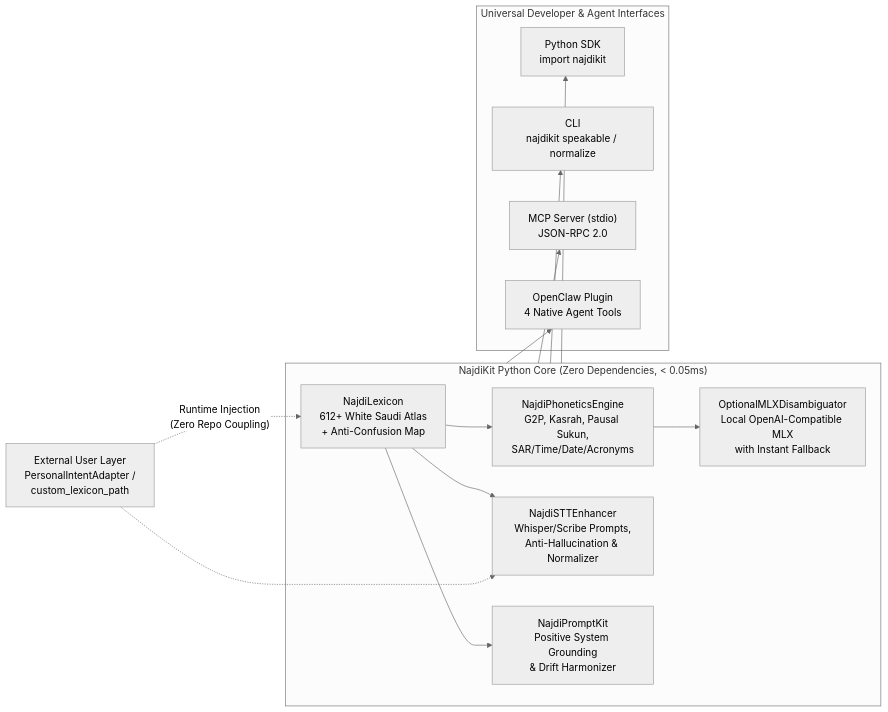
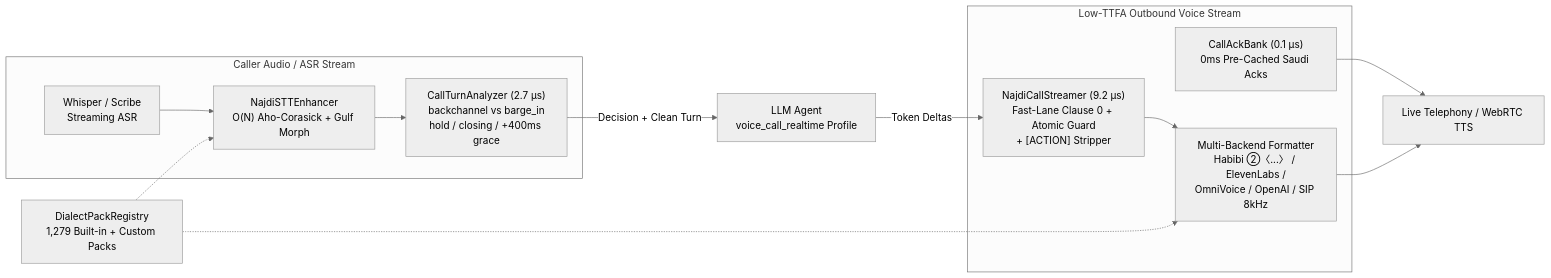
One commit to alhuwaymil84110-ux/najdikit changed the diagram in README.md. Above: the diagram before and after it, drawn with Mermaid (neutral theme). The commit also changed other lines of this file and 25 other files, not shown here.

Commit message:
feat: release NajdiKit v2.0.0 — real-time voice calls, Gulf morphology, modular packs & dialect scorer

````diff
--- a/README.md
+++ b/README.md
@@ -50,30 +43,23 @@
 ```mermaid
 flowchart LR
-    subgraph Core["NajdiKit Python Core (Zero Dependencies, < 0.05ms)"]
-        LEX["NajdiLexicon\n612+ White Saudi Atlas\n+ Anti-Confusion Map"]
-        PHO["NajdiPhoneticsEngine\nG2P, Kasrah, Pausal Sukun,\nSAR/Time/Date/Acronyms"]
-        STT["NajdiSTTEnhancer\nWhisper/Scribe Prompts,\nAnti-Hallucination & Normalizer"]
-        PK["NajdiPromptKit\nPositive System Grounding\n& Drift Harmonizer"]
-        MLX["OptionalMLXDisambiguator\nLocal OpenAI-Compatible MLX\nwith Instant Fallback"]
+    subgraph DuplexIn["Caller Audio / ASR Stream"]
+        ASR["Whisper / Scribe\nStreaming ASR"] --> STT["NajdiSTTEnhancer\nO(N) Aho-Corasick + Gulf Morph"]
+        STT --> TURN["CallTurnAnalyzer (2.7 µs)\nbackchannel vs barge_in\nhold / closing / +400ms grace"]
     end
 
-    HOOK["External User Layer\nPersonalIntentAdapter /\ncustom_lexicon_path"] -.->|"Runtime Injection\n(Zero Repo Coupling)"| LEX
-    HOOK -.-> STT
+    TURN -->|"Decision + Clean Turn"| LLM["LLM Agent\nvoice_call_realtime Profile"]
 
-    LEX --> PHO
-    LEX --> STT
-    LEX --> PK
-    PHO --> MLX
-
-    subgraph Interfaces["Universal Developer & Agent Interfaces"]
-        PY["Python SDK\nimport najdikit"]
-        CLI["CLI\nnajdikit speakable / normalize"]
-        MCP["MCP Server (stdio)\nJSON-RPC 2.0"]
-        OC["OpenClaw Plugin\n4 Native Agent Tools"]
+    subgraph DuplexOut["Low-TTFA Outbound Voice Stream"]
+        ACK["CallAckBank (0.1 µs)\n0ms Pre-Cached Saudi Acks"]
+        STR["NajdiCallStreamer (9.2 µs)\nFast-Lane Clause 0 + Atomic Guard\n+ [ACTION] Stripper"]
+        FMT["Multi-Backend Formatter\nHabibi ②〈...〉 / ElevenLabs /\nOmniVoice / OpenAI / SIP 8kHz"]
     end
 
-    Core --> PY
-    Core --> CLI
-    Core --> MCP
-    Core --> OC
+    LLM -->|"Token Deltas"| STR
+    STR --> FMT
+    ACK --> TTS["Live Telephony / WebRTC TTS"]
+    FMT --> TTS
+
+    PACKS["DialectPackRegistry\n1,279 Built-in + Custom Packs"] -.-> STT
+    PACKS -.-> FMT
 ```
````
